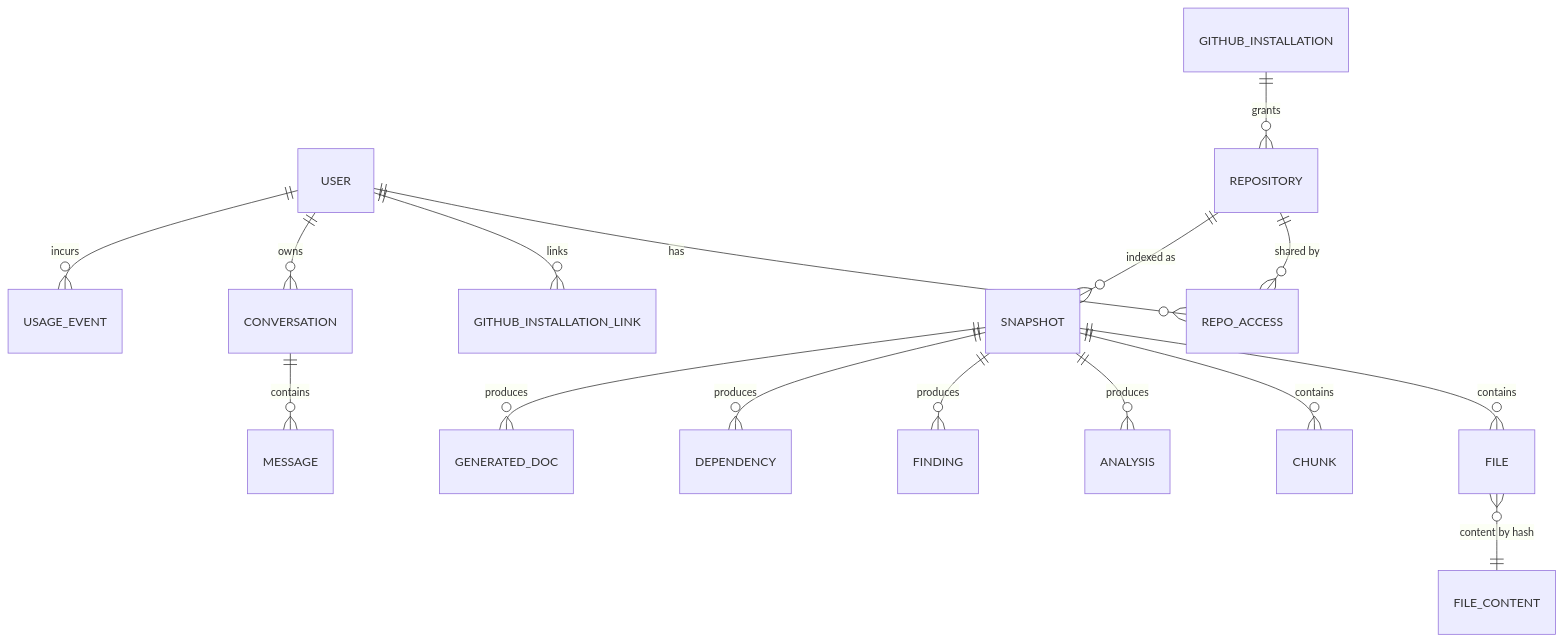
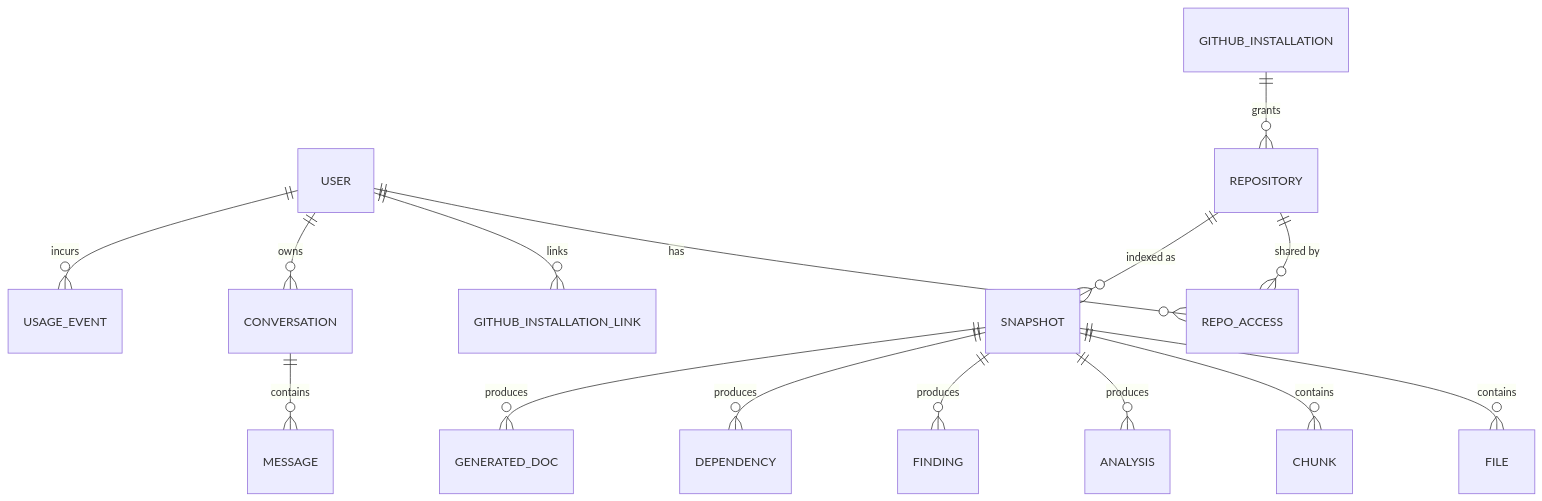
Before and after one commit to rahul-at-dev/RepoPilot-AI: the third of 4 diagrams in docs/ARCHITECTURE.md, drawn with Mermaid. The commit also changed other lines of this file and 2 other files, not shown here.

Commit message:
docs: apply approved decisions D1-D15 to architecture and plan

````diff
--- a/docs/ARCHITECTURE.md
+++ b/docs/ARCHITECTURE.md
@@ -338,18 +341,17 @@
 ```mermaid
 erDiagram
   USER ||--o{ REPO_ACCESS : has
   USER ||--o{ GITHUB_INSTALLATION_LINK : links
   GITHUB_INSTALLATION ||--o{ REPOSITORY : grants
   REPOSITORY ||--o{ REPO_ACCESS : "shared by"
   REPOSITORY ||--o{ SNAPSHOT : "indexed as"
   SNAPSHOT ||--o{ FILE : contains
-  FILE }o--|| FILE_CONTENT : "content by hash"
   SNAPSHOT ||--o{ CHUNK : contains
   SNAPSHOT ||--o{ ANALYSIS : produces
   SNAPSHOT ||--o{ FINDING : produces
   SNAPSHOT ||--o{ DEPENDENCY : produces
   SNAPSHOT ||--o{ GENERATED_DOC : produces
   USER ||--o{ CONVERSATION : owns
   CONVERSATION ||--o{ MESSAGE : contains
   USER ||--o{ USAGE_EVENT : incurs
 ```
````
